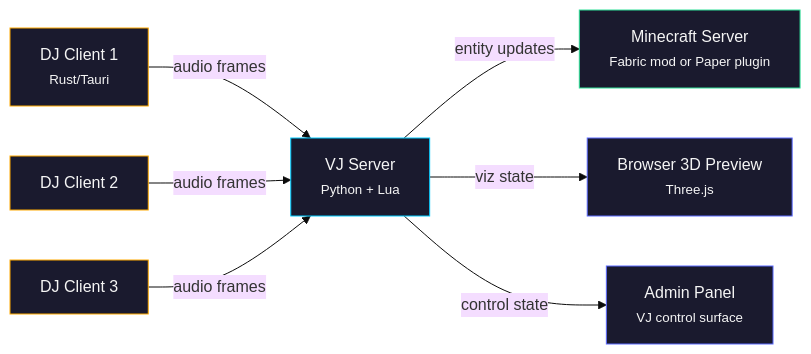
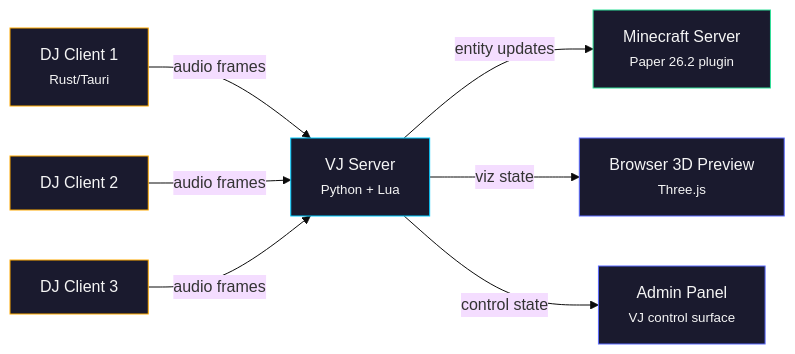
One commit to ryanthemcpherson/minecraft-audio-viz changed the first of 3 diagrams in README.md. Above: the diagram before and after it, drawn with Mermaid (base theme). The commit also changed other lines of this file and 94 other files, not shown here.

First line of the commit message:
feat: release Paper 26.2 plugin (#250)

````diff
--- a/README.md
+++ b/README.md
@@ -144,18 +102,18 @@
 ```mermaid
 graph LR
     DJ1[DJ Client 1<br/><small>Rust/Tauri</small>] -->|audio frames| VJ[VJ Server<br/><small>Python + Lua</small>]
     DJ2[DJ Client 2] -->|audio frames| VJ
     DJ3[DJ Client 3] -->|audio frames| VJ
 
-    VJ -->|entity updates| MC[Minecraft Server<br/><small>Fabric mod or Paper plugin</small>]
+    VJ -->|entity updates| MC[Minecraft Server<br/><small>Paper 26.2 plugin</small>]
     VJ -->|viz state| BP[Browser 3D Preview<br/><small>Three.js</small>]
     VJ -->|control state| AP[Admin Panel<br/><small>VJ control surface</small>]
 
     style VJ fill:#1a1a2e,stroke:#00ccff,color:#f5f5f5
     style MC fill:#1a1a2e,stroke:#2fe098,color:#f5f5f5
     style DJ1 fill:#1a1a2e,stroke:#ffaa00,color:#f5f5f5
     style DJ2 fill:#1a1a2e,stroke:#ffaa00,color:#f5f5f5
     style DJ3 fill:#1a1a2e,stroke:#ffaa00,color:#f5f5f5
     style BP fill:#1a1a2e,stroke:#5b6aff,color:#f5f5f5
     style AP fill:#1a1a2e,stroke:#5b6aff,color:#f5f5f5
 ```
````
